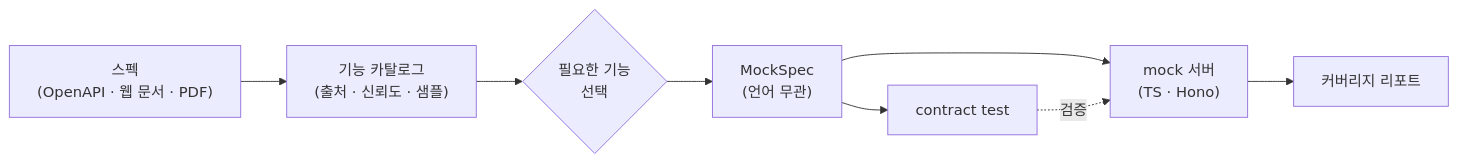
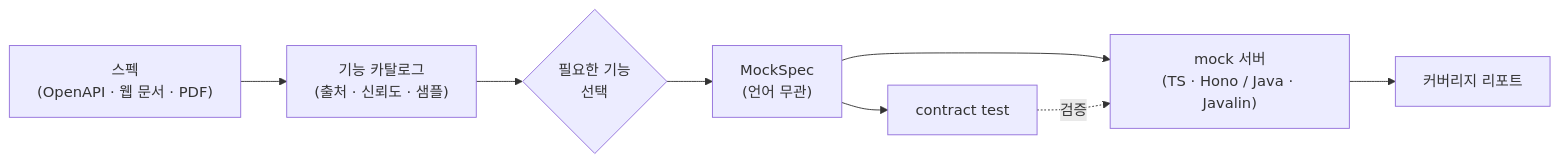
One commit to geonhos/specmock changed the first of 10 diagrams in docs/architecture.md. Above: the diagram before and after it, drawn with Mermaid. The commit also changed other lines of this file and 4 other files, not shown here.

````diff
--- a/docs/architecture.md
+++ b/docs/architecture.md
@@ -9,10 +9,10 @@
 ```mermaid
 flowchart LR
     IN["스펙<br/>(OpenAPI · 웹 문서 · PDF)"] --> CAT["기능 카탈로그<br/>(출처 · 신뢰도 · 샘플)"]
     CAT --> SEL{"필요한 기능<br/>선택"}
     SEL --> MS["MockSpec<br/>(언어 무관)"]
-    MS --> GEN["mock 서버<br/>(TS · Hono)"]
+    MS --> GEN["mock 서버<br/>(TS · Hono / Java · Javalin)"]
     MS --> CT["contract test"]
     CT -.검증.-> GEN
     GEN --> REP["커버리지 리포트"]
 ```
````
